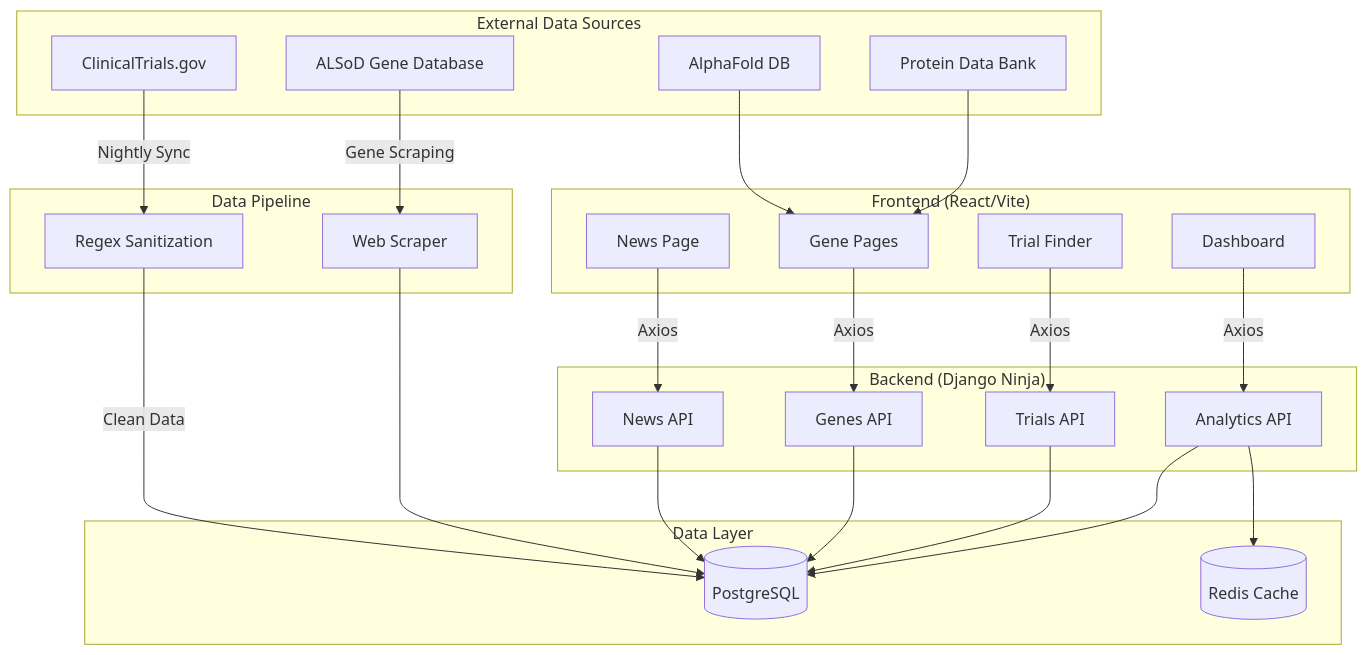
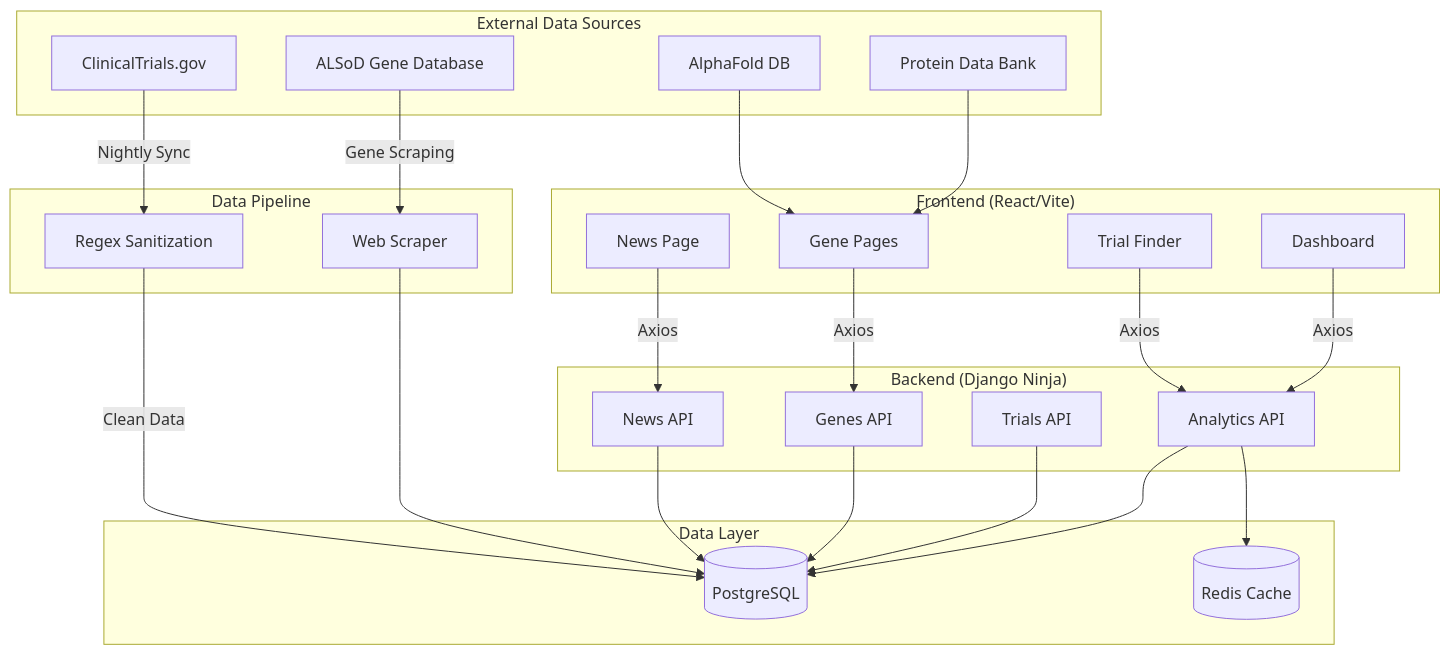
The diagram in README.md (tuckthomas/ALS-FTD-Dashboard), drawn with Mermaid before and after one commit.

Commit message:
docs: updated mermaid chart

````diff
--- a/README.md
+++ b/README.md
@@ -29,56 +29,56 @@
 ```mermaid
 flowchart TB
     subgraph FrontendGroup["Frontend (React/Vite)"]
         Dashboard[Dashboard]
         TrialFinder[Trial Finder]
         GenePages[Gene Pages]
         NewsPage[News Page]
     end
 
     subgraph BackendGroup["Backend (Django Ninja)"]
         AnalyticsAPI[Analytics API]
         TrialsAPI[Trials API]
         GenesAPI[Genes API]
         NewsAPI[News API]
     end
 
     subgraph DataLayerGroup["Data Layer"]
         PostgreSQL[(PostgreSQL)]
         Redis[(Redis Cache)]
     end
 
     subgraph ExternalGroup["External Data Sources"]
         ClinicalTrials[ClinicalTrials.gov]
         ALSoD[ALSoD Gene Database]
         PDB[Protein Data Bank]
         AlphaFold[AlphaFold DB]
     end
 
     subgraph PipelineGroup["Data Pipeline"]
         Sanitizer[Regex Sanitization]
         Scraper[Web Scraper]
     end
 
     %% Frontend to Backend
     Dashboard -->|Axios| AnalyticsAPI
-    TrialFinder -->|Axios| TrialsAPI
+    TrialFinder -->|Axios| AnalyticsAPI
     GenePages -->|Axios| GenesAPI
     NewsPage -->|Axios| NewsAPI
 
     %% Backend to Data Layer
     AnalyticsAPI --> PostgreSQL
     AnalyticsAPI --> Redis
     TrialsAPI --> PostgreSQL
     GenesAPI --> PostgreSQL
     NewsAPI --> PostgreSQL
 
     %% Pipeline Flows
     ClinicalTrials -->|Nightly Sync| Sanitizer
     ALSoD -->|Gene Scraping| Scraper
     Scraper --> PostgreSQL
     Sanitizer -->|Clean Data| PostgreSQL
     
     %% External Integrations
     PDB --> GenePages
     AlphaFold --> GenePages
 ```
````
